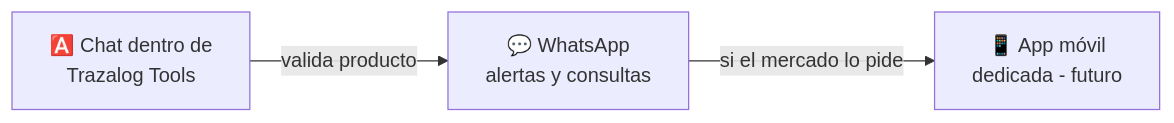
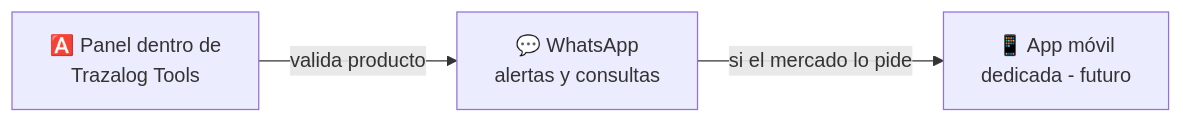
Before and after one commit to Trazalog/traz-tools: the fourth of 4 diagrams in doc/v3/AGENTES_TRAZALOG_ARQUITECTURA_FUNCIONAL.md, drawn with Mermaid. The commit also changed other lines of this file and 13 other files, not shown here.

````diff
--- a/doc/v3/AGENTES_TRAZALOG_ARQUITECTURA_FUNCIONAL.md
+++ b/doc/v3/AGENTES_TRAZALOG_ARQUITECTURA_FUNCIONAL.md
@@ -99,5 +131,5 @@
 ```mermaid
 graph LR
-    MVP[🅰️ Chat dentro de<br/>Trazalog Tools] -->|valida producto| W[💬 WhatsApp<br/>alertas y consultas]
+    MVP[🅰️ Panel dentro de<br/>Trazalog Tools] -->|valida producto| W[💬 WhatsApp<br/>alertas y consultas]
     W -->|si el mercado lo pide| APP[📱 App móvil<br/>dedicada - futuro]
 ```
````
